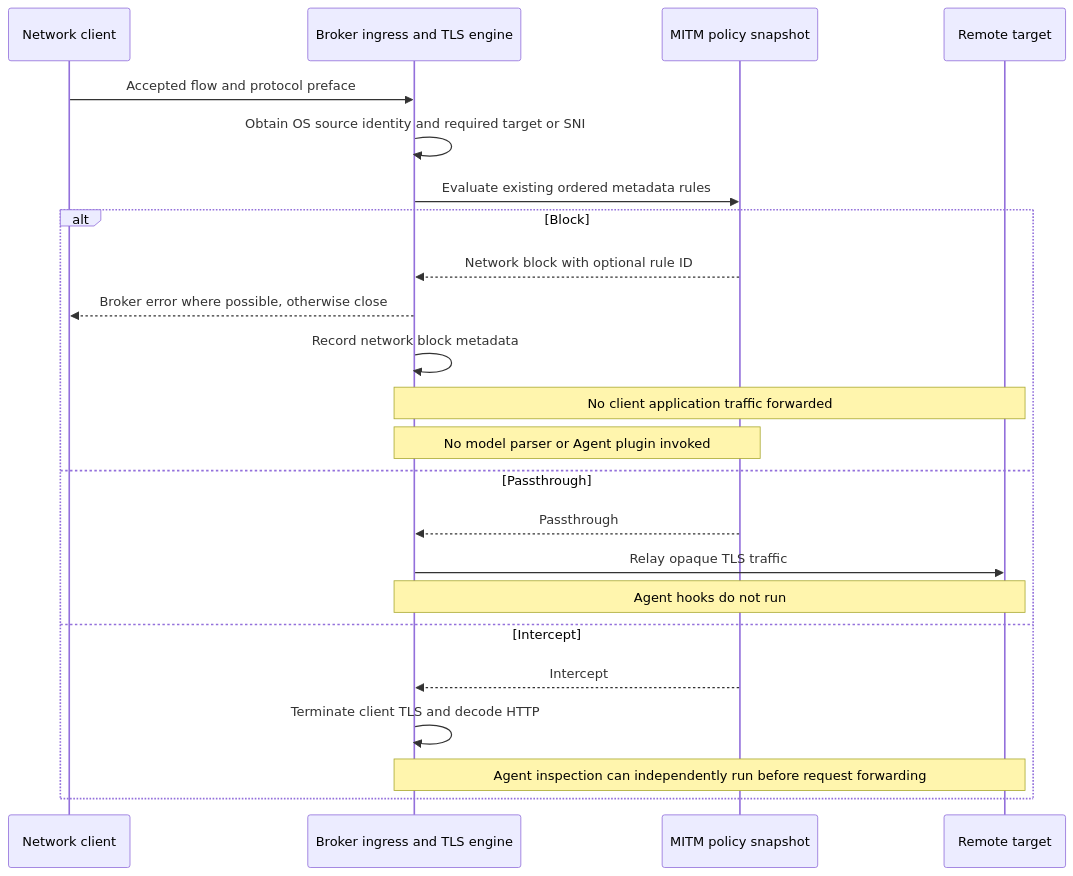
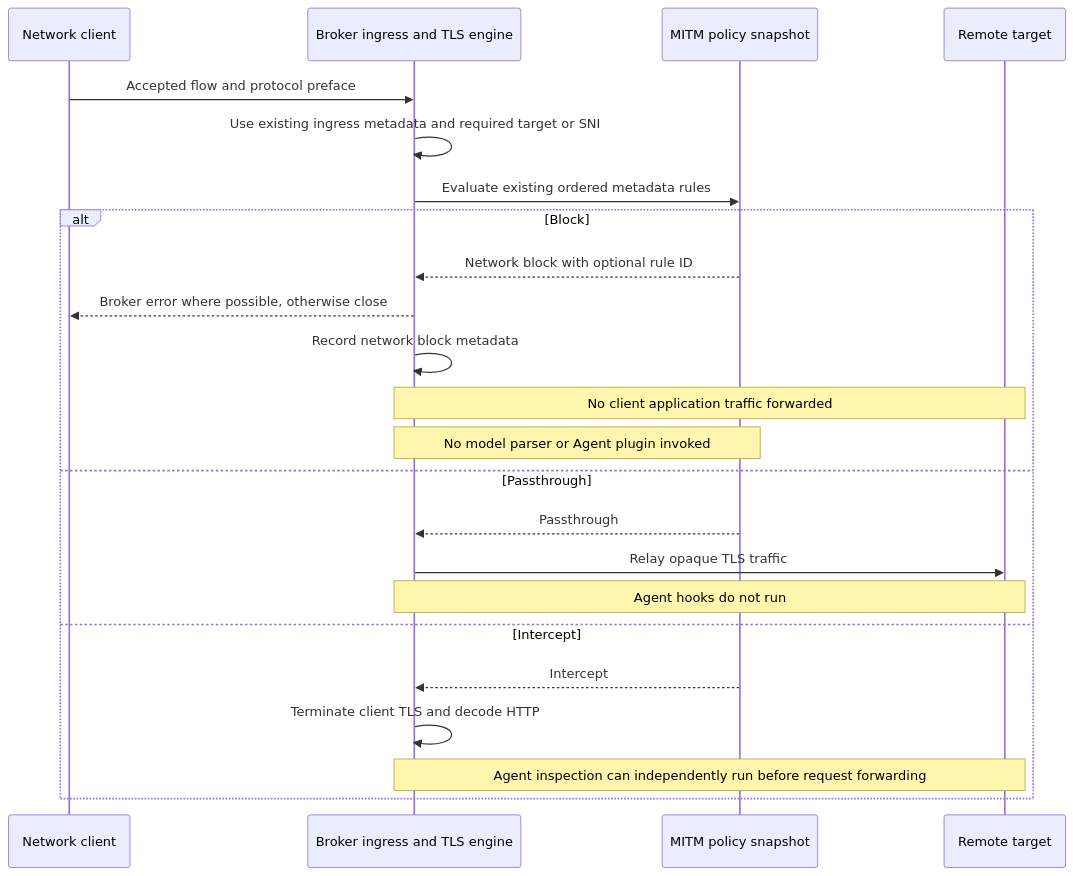
Before and after one commit to lexmount/abyss-rs: the first of 4 diagrams in docs/request-blocking-design.md, drawn with Mermaid. The commit also changed other lines of this file, not shown here.

First line of the commit message:
docs: preserve explicit proxy metadata

````diff
--- a/docs/request-blocking-design.md
+++ b/docs/request-blocking-design.md
@@ -156,25 +163,25 @@
 ```mermaid
 sequenceDiagram
     participant C as Network client
     participant B as Broker ingress and TLS engine
     participant M as MITM policy snapshot
     participant T as Remote target
     C->>B: Accepted flow and protocol preface
-    B->>B: Obtain OS source identity and required target or SNI
+    B->>B: Use existing ingress metadata and required target or SNI
     B->>M: Evaluate existing ordered metadata rules
     alt Block
         M-->>B: Network block with optional rule ID
         B-->>C: Broker error where possible, otherwise close
         B->>B: Record network block metadata
         Note over B,T: No client application traffic forwarded
         Note over B,M: No model parser or Agent plugin invoked
     else Passthrough
         M-->>B: Passthrough
         B->>T: Relay opaque TLS traffic
         Note over B,T: Agent hooks do not run
     else Intercept
         M-->>B: Intercept
         B->>B: Terminate client TLS and decode HTTP
         Note over B,T: Agent inspection can independently run before request forwarding
     end
 ```
````
